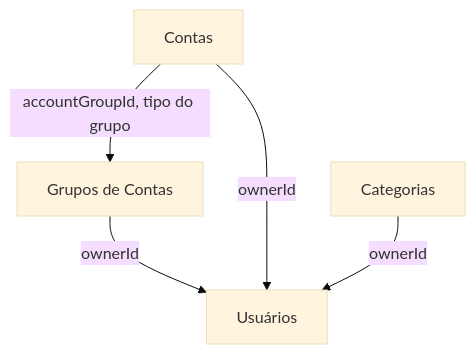
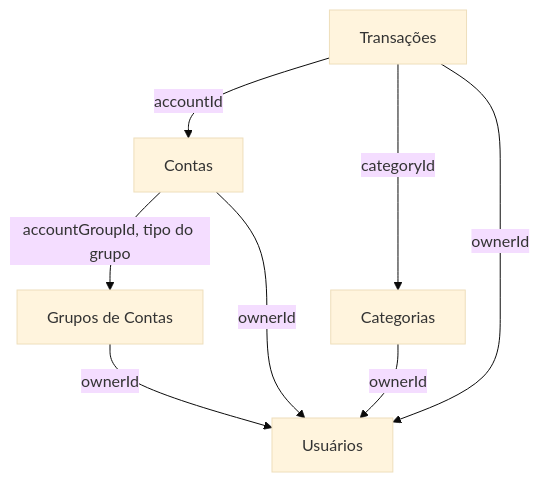
Before and after one commit to Danrley-Ruan-Saquetti/EsliphFinance: the diagram in docs/domains/README.md, drawn with Mermaid (base theme). The commit also changed other lines of this file and 30 other files, not shown here.

````diff
--- a/docs/domains/README.md
+++ b/docs/domains/README.md
@@ -24,12 +25,16 @@
 ```mermaid
 graph TD
   User[Usuários]
   AccountGroup[Grupos de Contas]
   Account[Contas]
   Category[Categorias]
+  Transaction[Transações]
 
   AccountGroup -->|ownerId| User
   Account -->|ownerId| User
   Account -->|accountGroupId, tipo do grupo| AccountGroup
   Category -->|ownerId| User
+  Transaction -->|ownerId| User
+  Transaction -->|accountId| Account
+  Transaction -->|categoryId| Category
 ```
````
